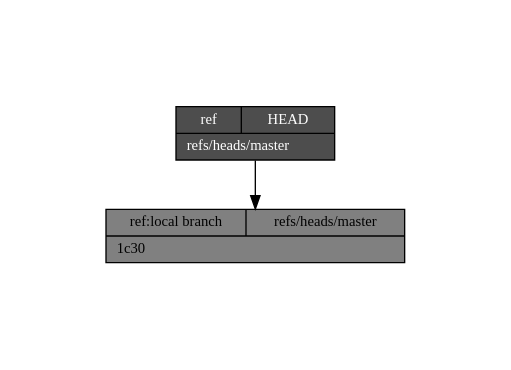
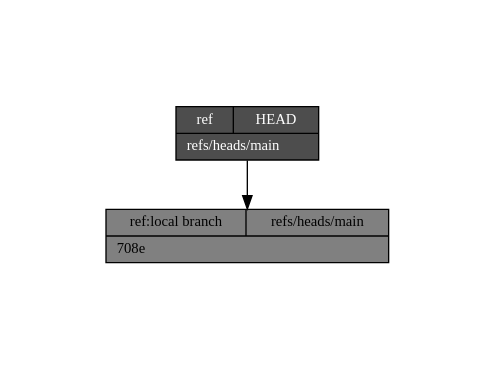
The diagram in ref.dot (zigarn/git-internals), drawn with Graphviz before and after one commit. The commit also changed 10 other files, not shown here.

```diff
--- a/ref.dot
+++ b/ref.dot
@@ -1,8 +1,8 @@
 digraph structs {
   pad="1,1";
   node [shape=record,fontsize=11];
   rankdir="TB";
-  _refs___heads___master [style=filled, fillcolor=gray,  label="{{ref:local branch|refs\/heads\/master}|1c30\l}"]
-  _HEAD [style=filled, fillcolor=gray30, fontcolor=white,  label="{{ref|HEAD}|refs\/heads\/master\l}"]
-  _HEAD -> _refs___heads___master
+  _refs___heads___main [style=filled, fillcolor=gray,  label="{{ref:local branch|refs\/heads\/main}|708e\l}"]
+  _HEAD [style=filled, fillcolor=gray30, fontcolor=white,  label="{{ref|HEAD}|refs\/heads\/main\l}"]
+  _HEAD -> _refs___heads___main
 }
```
